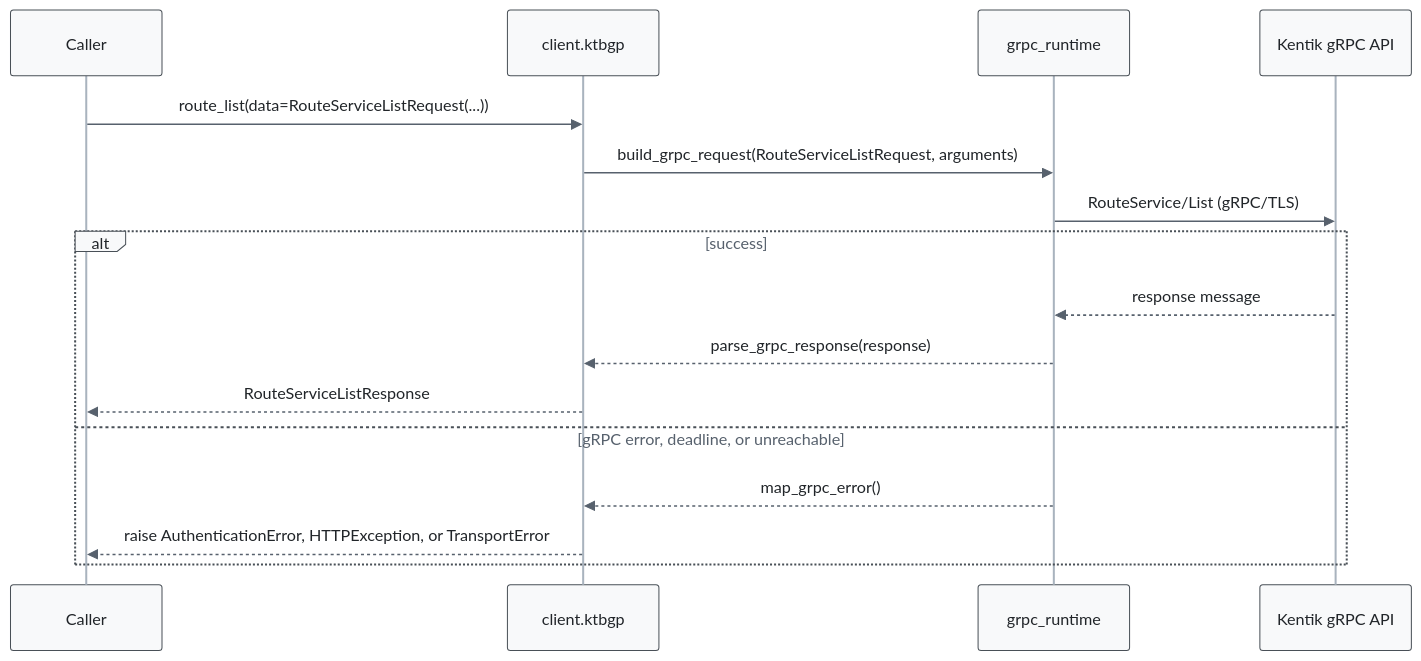
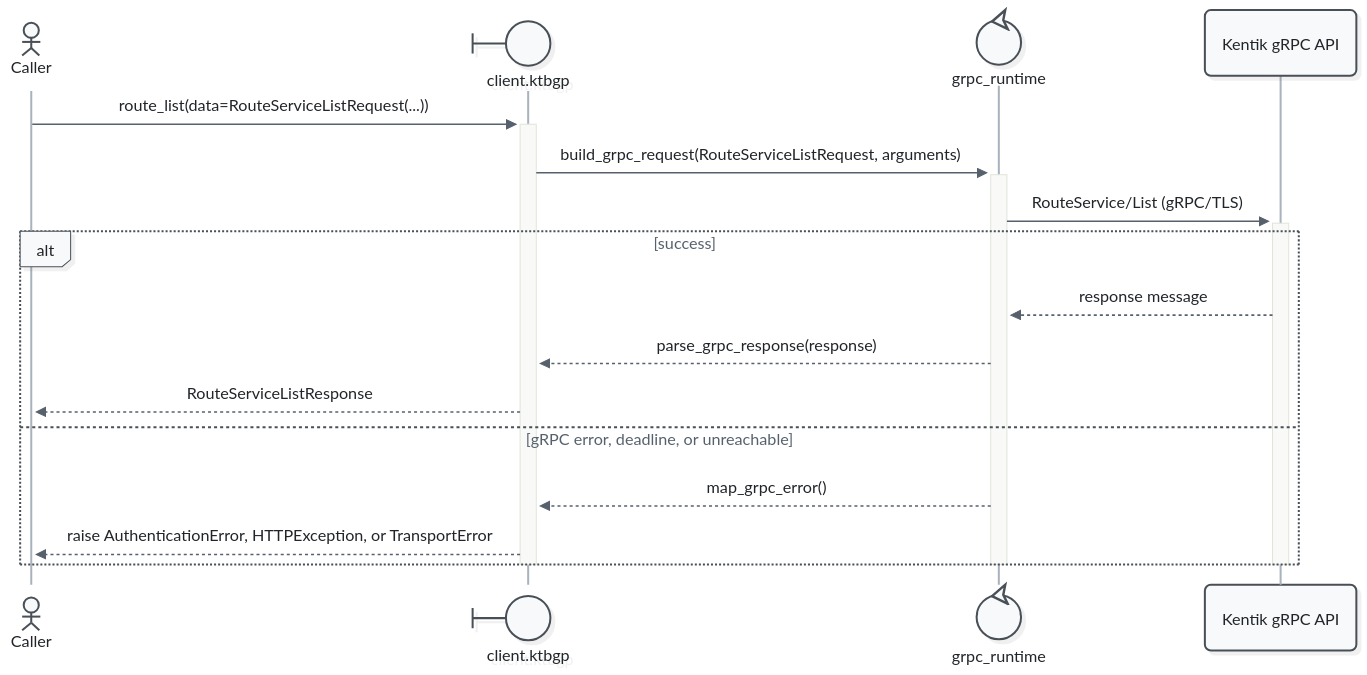
One commit to alexdearaujo/community_sdk_python changed the fourth of 7 diagrams in docs/sphinx/services/ktbgp.md. Above: the diagram before and after it, drawn with Mermaid. The commit also changed other lines of this file and 52 other files, not shown here.

First line of the commit message:
docs: Mermaid 12 sequence diagrams with participant types and path colors

````diff
--- a/docs/sphinx/services/ktbgp.md
+++ b/docs/sphinx/services/ktbgp.md
@@ -130,20 +137,23 @@
 ```mermaid
-%%{init: {"theme": "base", "fontFamily": "ui-monospace, SFMono-Regular, Menlo, monospace", "themeVariables": {"fontFamily": "ui-monospace, SFMono-Regular, Menlo, monospace", "primaryColor": "#f8f9fa", "primaryBorderColor": "#495057", "primaryTextColor": "#212529", "textColor": "#212529", "lineColor": "#77818c", "edgeLabelBackground": "#ffffff", "actorBkg": "#f8f9fa", "actorBorder": "#495057", "actorTextColor": "#212529", "actorLineColor": "#a9b3be", "signalColor": "#57616d", "signalTextColor": "#212529", "labelBoxBkgColor": "#f8f9fa", "labelBoxBorderColor": "#495057", "labelTextColor": "#212529", "loopTextColor": "#57616d", "noteBkgColor": "#fff9db", "noteBorderColor": "#f08c00", "noteTextColor": "#a35a00"}, "flowchart": {"curve": "step", "nodeSpacing": 30, "rankSpacing": 70, "wrappingWidth": 400}}}%%
+%%{init: {"theme": "redux", "look": "neo", "layout": "dagre", "fontFamily": "ui-monospace, SFMono-Regular, Menlo, monospace", "themeVariables": {"fontFamily": "ui-monospace, SFMono-Regular, Menlo, monospace", "primaryColor": "#f8f9fa", "primaryBorderColor": "#495057", "primaryTextColor": "#212529", "textColor": "#212529", "lineColor": "#77818c", "edgeLabelBackground": "#ffffff", "actorBkg": "#f8f9fa", "actorBorder": "#495057", "actorTextColor": "#212529", "actorLineColor": "#a9b3be", "signalColor": "#57616d", "signalTextColor": "#212529", "labelBoxBkgColor": "#f8f9fa", "labelBoxBorderColor": "#495057", "labelTextColor": "#212529", "loopTextColor": "#57616d", "noteBkgColor": "#fff9db", "noteBorderColor": "#f08c00", "noteTextColor": "#a35a00"}, "sequence": {"activationWidth": 16}, "flowchart": {"curve": "step", "nodeSpacing": 30, "rankSpacing": 70, "wrappingWidth": 400}}}%%
 sequenceDiagram
-    participant C as Caller
-    participant W as client.ktbgp
-    participant R as grpc_runtime
+    actor C as Caller
+    participant W@{ "type": "boundary" } as client.ktbgp
+    participant R@{ "type": "control" } as grpc_runtime
     participant API as Kentik gRPC API
 
-    C->>W: route_list(data=RouteServiceListRequest(...))
-    W->>R: build_grpc_request(RouteServiceListRequest, arguments)
-    R->>API: RouteService/List (gRPC/TLS)
+    C->>+W: route_list(data=RouteServiceListRequest(...))
+    W->>+R: build_grpc_request(RouteServiceListRequest, arguments)
+    R->>+API: RouteService/List (gRPC/TLS)
     alt success
         API-->>R: response message
         R-->>W: parse_grpc_response(response)
         W-->>C: RouteServiceListResponse
     else gRPC error, deadline, or unreachable
         R-->>W: map_grpc_error()
         W-->>C: raise AuthenticationError, HTTPException, or TransportError
     end
+    deactivate API
+    deactivate R
+    deactivate W
 ```
````
